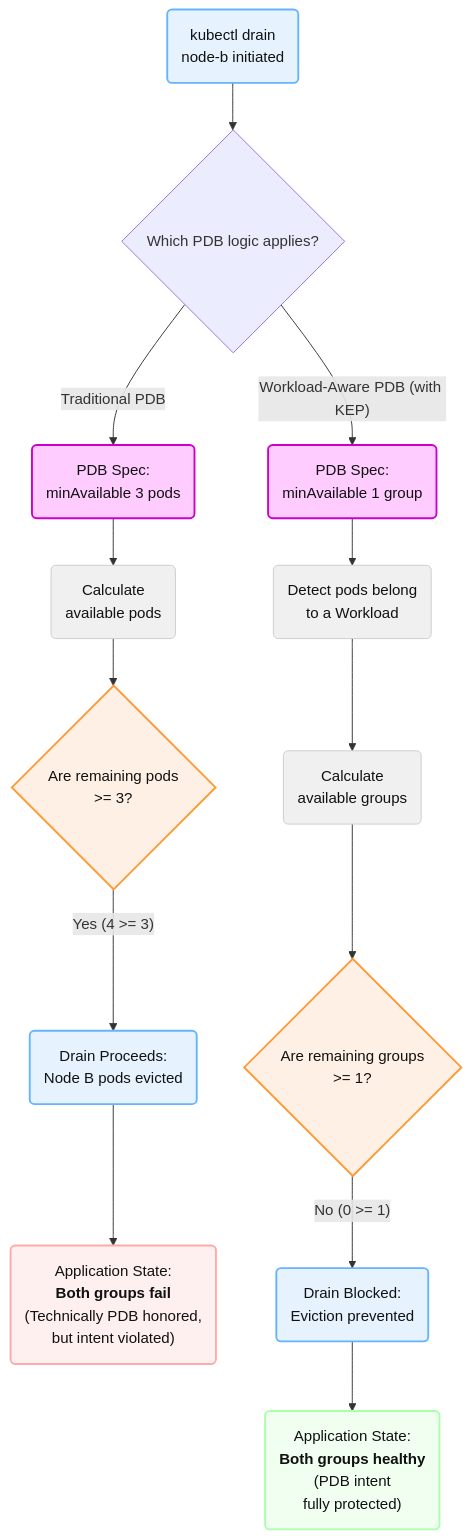
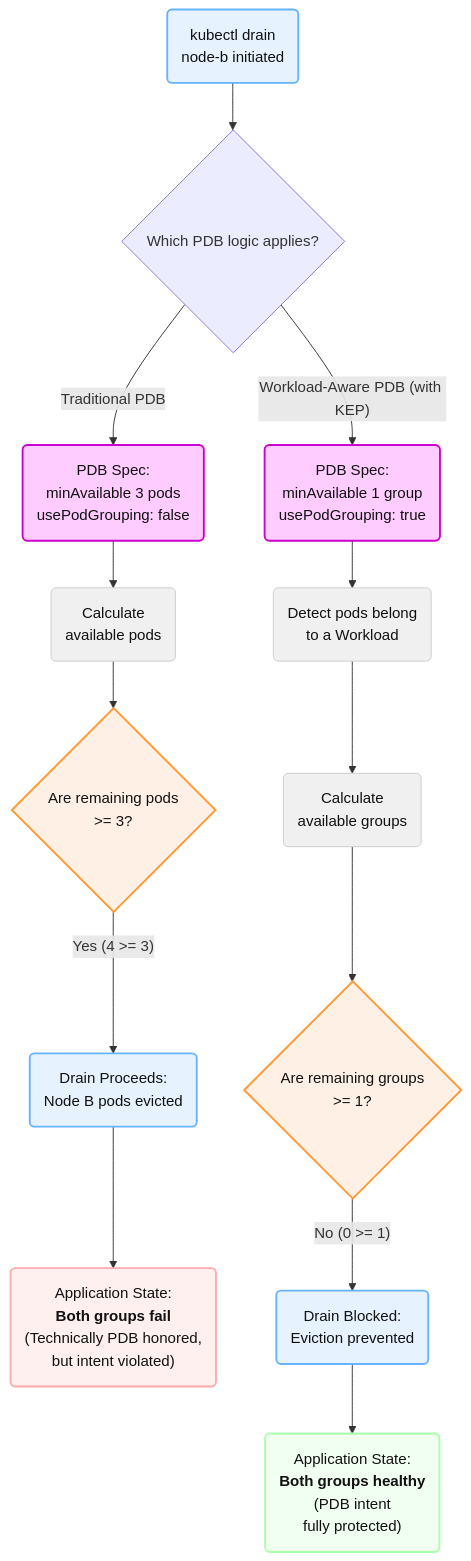
The second of 3 diagrams in keps/sig-apps/draft-20251010-multipod-pdb/README.md (kubernetes/enhancements), drawn with Mermaid before and after one commit. The commit also changed other lines of this file, not shown here.

````diff
--- a/keps/sig-apps/draft-20251010-multipod-pdb/README.md
+++ b/keps/sig-apps/draft-20251010-multipod-pdb/README.md
@@ -366,50 +375,50 @@
 ```mermaid
 graph TD
     %% Define Styles for Flowchart Diagram
     classDef action fill:#e6f3ff,stroke:#66b3ff,stroke-width:2px,color:#111
     classDef decision fill:#fff0e6,stroke:#ff9933,stroke-width:2px,color:#111
     classDef pdb_spec fill:#ffccff,stroke:#cc00cc,stroke-width:2px,color:#111
     classDef outcome_bad fill:#fff0f0,stroke:#ffaaaa,stroke-width:2px,color:#111
     classDef outcome_good fill:#f0fff0,stroke:#aaffaa,stroke-width:2px,color:#111
     classDef process fill:#f0f0f0,stroke:#ccc,color:#111
 
     StartDrain("kubectl drain<br/>node-b initiated")
     class StartDrain action
 
     StartDrain --> PDB_Type{Which PDB logic applies?}
 
-    PDB_Type -- "Traditional PDB" --> PDB_Old(PDB Spec:<br/>minAvailable 3 pods)
+    PDB_Type -- "Traditional PDB" --> PDB_Old(PDB Spec:<br/>minAvailable 3 pods<br/>usePodGrouping: false)
     class PDB_Old pdb_spec
 
-    PDB_Type -- "Workload-Aware PDB (with KEP)" --> PDB_New(PDB Spec:<br/>minAvailable 1 group)
+    PDB_Type -- "Workload-Aware PDB (with KEP)" --> PDB_New(PDB Spec:<br/>minAvailable 1 group<br/>usePodGrouping: true)
     class PDB_New pdb_spec
 
     %% --- Traditional PDB Flow ---
     PDB_Old --> CalcPods(Calculate<br/>available pods)
     class CalcPods process
 
     CalcPods --> CheckPods{Are remaining pods<br/>>= 3?}
     class CheckPods decision
 
     CheckPods -- "Yes (4 >= 3)" --> DrainSuccess("Drain Proceeds:<br/>Node B pods evicted")
     class DrainSuccess action
 
     DrainSuccess --> AppDown("Application State:<br/><b>Both groups fail</b><br/>(Technically PDB honored,<br/>but intent violated)")
     class AppDown outcome_bad
 
     %% --- Multipod PDB Flow ---
     PDB_New --> DetectGroups(Detect pods belong<br/>to a Workload)
     class DetectGroups process
 
     DetectGroups --> CalcReplicas(Calculate<br/>available groups)
     class CalcReplicas process
 
     CalcReplicas --> CheckReplicas{Are remaining groups<br/>>= 1?}
     class CheckReplicas decision
 
     CheckReplicas -- "No (0 >= 1)" --> DrainBlocked("Drain Blocked:<br/>Eviction prevented")
     class DrainBlocked action
 
     DrainBlocked --> AppHealthy("Application State:<br/><b>Both groups healthy</b><br/>(PDB intent<br/>fully protected)")
     class AppHealthy outcome_good
 ```
````
